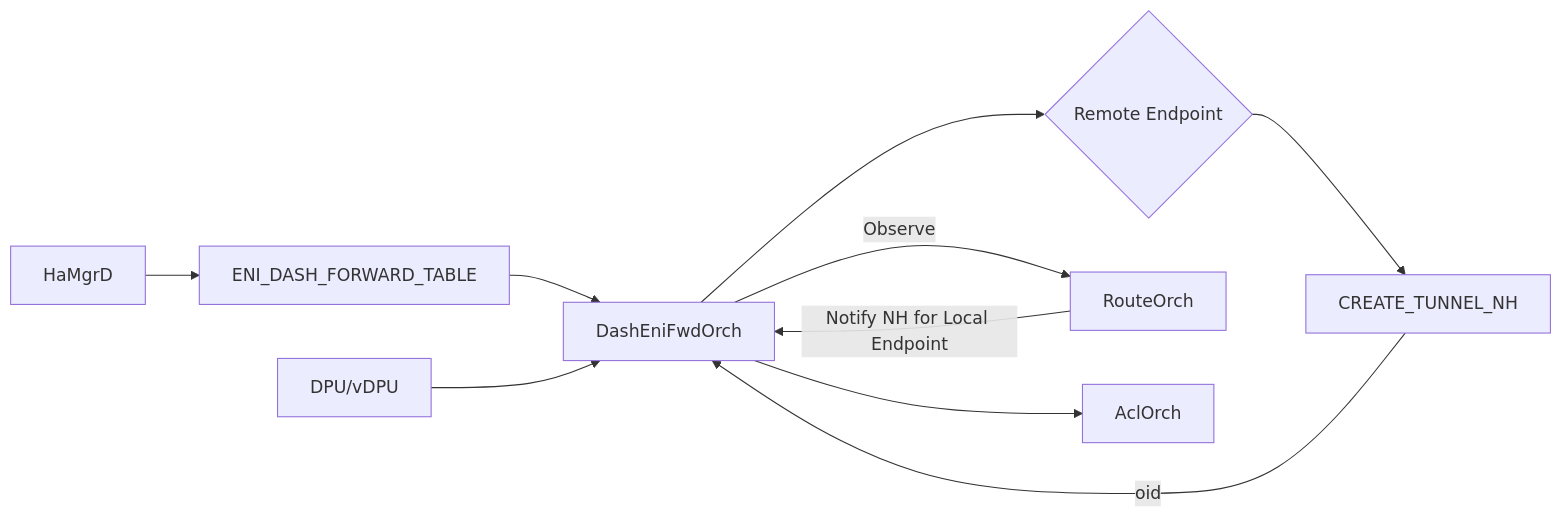
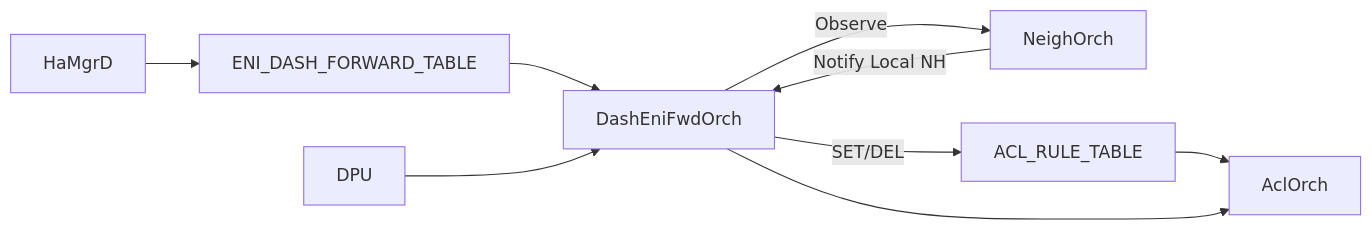
The second of 3 diagrams in doc/smart-switch/high-availability/eni-based-forwarding.md (sonic-net/SONiC), drawn with Mermaid before and after one commit. The commit also changed other lines of this file, not shown here.

````diff
--- a/doc/smart-switch/high-availability/eni-based-forwarding.md
+++ b/doc/smart-switch/high-availability/eni-based-forwarding.md
@@ -250,16 +271,15 @@
 ```mermaid
 flowchart LR
     ENI_TABLE[ENI_DASH_FORWARD_TABLE]
 
     HaMgrD --> ENI_TABLE
     ENI_TABLE --> DashEniFwdOrch
+    DPU --> DashEniFwdOrch
 
-    DashEniFwdOrch --> Ques1{Remote Endpoint}
-    DashEniFwdOrch --> |Observe| RouteOrch
+    DashEniFwdOrch --> |Observe| NeighOrch
+    NeighOrch --> |Notify Local NH| DashEniFwdOrch
 
-    Ques1 --> CREATE_TUNNEL_NH
-    CREATE_TUNNEL_NH --> |oid| DashEniFwdOrch
-    RouteOrch --> |Notify NH for Local Endpoint| DashEniFwdOrch
+    DashEniFwdOrch --> | SET/DEL | ACL_RULE_TABLE
+    ACL_RULE_TABLE --> AclOrch
     DashEniFwdOrch --> AclOrch
-    DPU/vDPU --> DashEniFwdOrch
 ```
````
